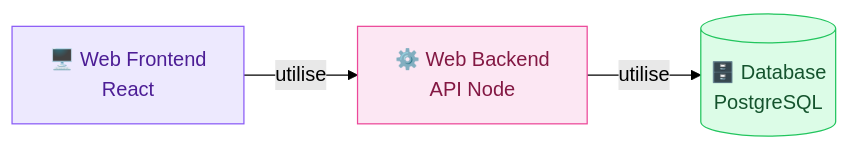
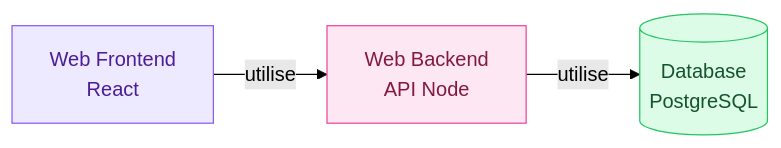
One commit to GoobyWoobies/HEIA-IT changed the first of 4 diagrams in methodologie-securite-it/docker/08-docker-compose.md. Above: the diagram before and after it, drawn with Mermaid (forest theme). The commit also changed other lines of this file and 24 other files, not shown here.

````diff
--- a/methodologie-securite-it/docker/08-docker-compose.md
+++ b/methodologie-securite-it/docker/08-docker-compose.md
@@ -34,9 +34,9 @@
 ```mermaid
 flowchart LR
-    F["🖥️ Web Frontend<br/>React"] -->|"utilise"| B["⚙️ Web Backend<br/>API Node"]
-    B -->|"utilise"| D[("🗄️ Database<br/>PostgreSQL")]
+    F["Web Frontend<br/>React"] -->|"utilise"| B["Web Backend<br/>API Node"]
+    B -->|"utilise"| D[("Database<br/>PostgreSQL")]
 
     style F fill:#ede9fe,stroke:#8b5cf6,color:#4c1d95
     style B fill:#fce7f3,stroke:#ec4899,color:#831843
     style D fill:#dcfce7,stroke:#22c55e,color:#14532d
 ```
````
